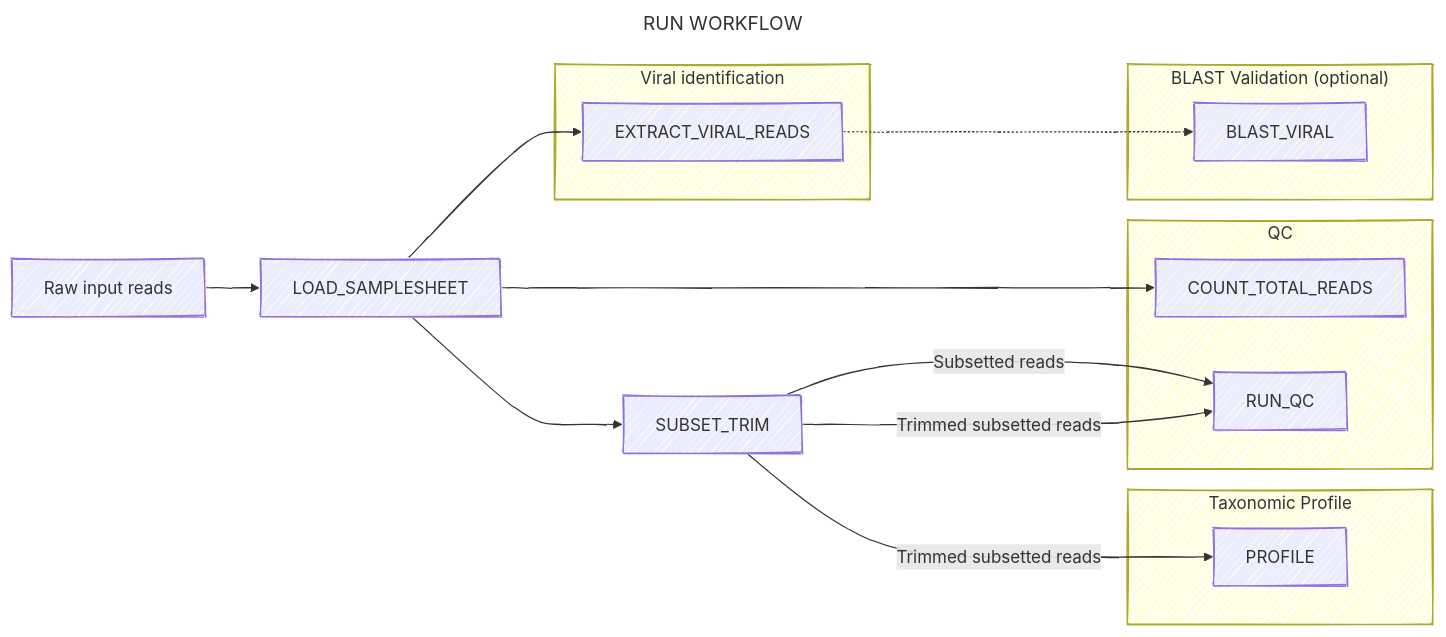
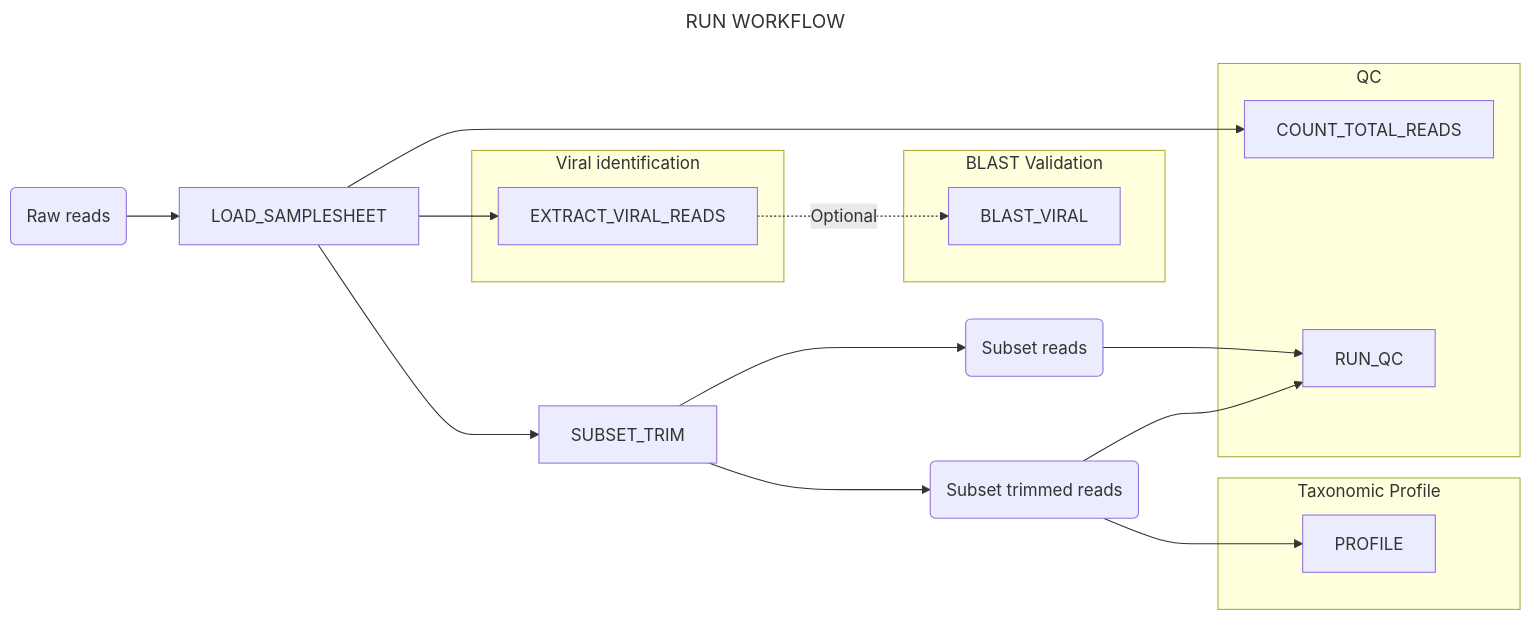
Before and after one commit to naobservatory/mgs-workflow: the first of 8 diagrams in docs/run.md, drawn with Mermaid. The commit also changed other lines of this file, not shown here.

Commit message:
Updated run workflow.

````diff
--- a/docs/run.md
+++ b/docs/run.md
@@ -7,29 +7,29 @@
 ```mermaid
 ---
 title: RUN WORKFLOW
 config:
   layout: horizontal
-  look: handDrawn
-  theme: default
 ---
 flowchart LR
-A[Raw input reads] --> B[LOAD_SAMPLESHEET]
+A(Raw reads) --> B[LOAD_SAMPLESHEET]
 B --> C[COUNT_TOTAL_READS] & D[EXTRACT_VIRAL_READS] & E[SUBSET_TRIM]
-D -.-> F[BLAST_VIRAL]
-E --> |Subsetted reads|G[RUN_QC]
-E --> |Trimmed subsetted reads| G[RUN_QC] & H[PROFILE]
+D -.-> |Optional|F[BLAST_VIRAL]
+E --> I(Subset reads)
+E --> J(Subset trimmed reads)
+J --> G[RUN_QC] & H[PROFILE]
+I --> G[RUN_QC]
 %% Adjust layout by placing subgraphs in specific order
 subgraph "Viral identification"
 D
 end
 subgraph "Taxonomic Profile"
 H
 end
 subgraph "QC"
 C
 G
 end
-subgraph "BLAST Validation (optional)"
+subgraph "BLAST Validation"
 F
 end
 ```
````
